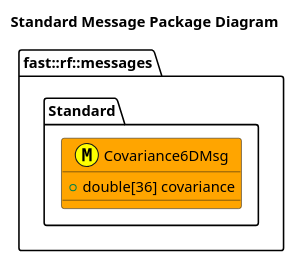
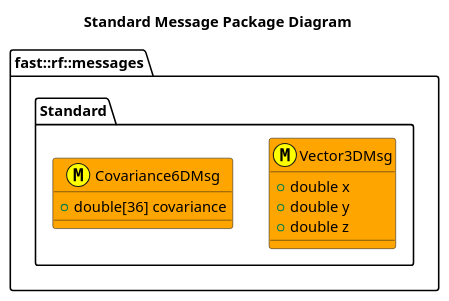
The diagram in msgs/Standard/doc/puml/StandardMessageClassDiagram.puml (fastrobotics/robot_framework), drawn with PlantUML before and after one commit. The commit also changed 22 other files, not shown here.

```diff
--- a/msgs/Standard/doc/puml/StandardMessageClassDiagram.puml
+++ b/msgs/Standard/doc/puml/StandardMessageClassDiagram.puml
@@ -1,10 +1,15 @@
 @startuml
 title Standard Message Package Diagram
 
 namespace fast::rf::messages {
   namespace Standard  {
+    struct Vector3DMsg <<(M,#FFFF00) >> #Orange {
+      +double x
+      +double y
+      +double z
+    }
     struct Covariance6DMsg <<(M,#FFFF00) >> #Orange {
       +double[36] covariance
     }
 }
 @enduml
```
